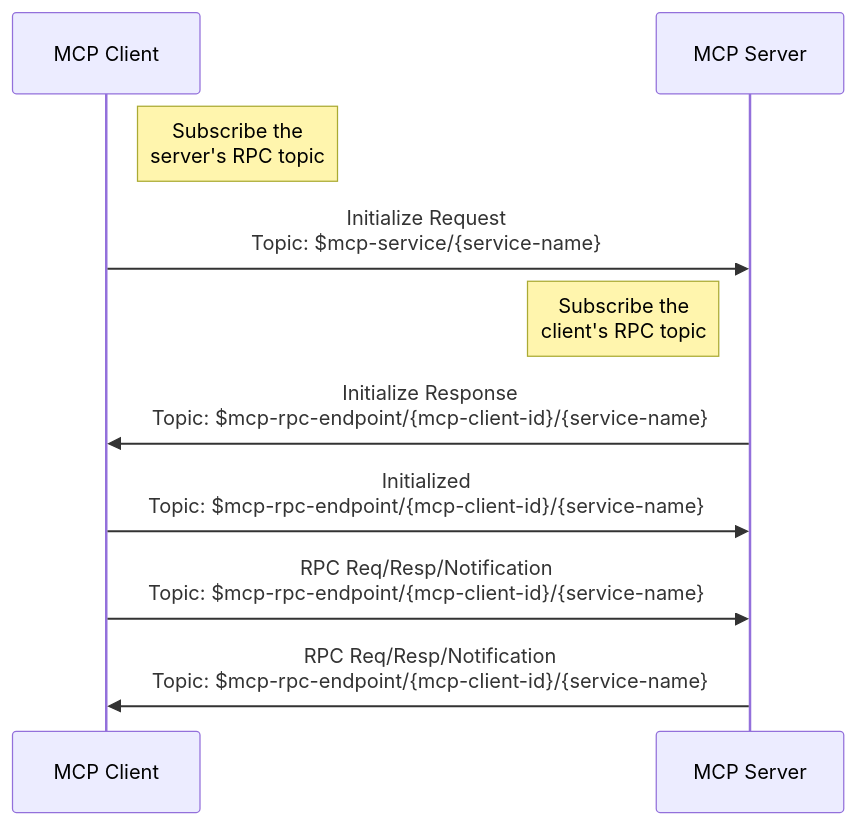
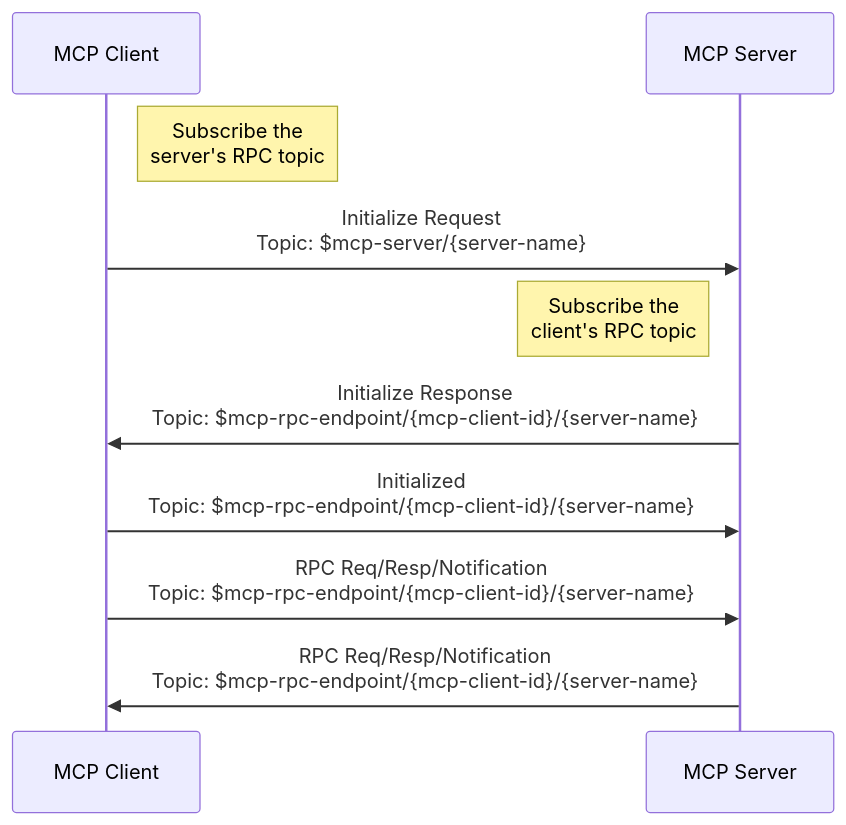
One commit to xiaokunzhang/mcp-over-mqtt-site changed the second of 4 diagrams in mcp/specification/2025-03-26/basic/mqtt_transport.md. Above: the diagram before and after it, drawn with Mermaid. The commit also changed other lines of this file and 1 other file, not shown here.

Commit message:
rename service to server

````diff
--- a/mcp/specification/2025-03-26/basic/mqtt_transport.md
+++ b/mcp/specification/2025-03-26/basic/mqtt_transport.md
@@ -213,13 +213,13 @@
 ```mermaid
 sequenceDiagram
   participant MCP_Client as MCP Client
   participant MCP_Server as MCP Server
 
   Note right of MCP_Client: Subscribe the<br/>server's RPC topic
-  MCP_Client ->> MCP_Server: Initialize Request<br/>Topic: $mcp-service/{service-name}
+  MCP_Client ->> MCP_Server: Initialize Request<br/>Topic: $mcp-server/{server-name}
   Note left of MCP_Server: Subscribe the<br/>client's RPC topic
-  MCP_Server ->> MCP_Client: Initialize Response<br/>Topic: $mcp-rpc-endpoint/{mcp-client-id}/{service-name}
-  MCP_Client ->> MCP_Server: Initialized<br/>Topic: $mcp-rpc-endpoint/{mcp-client-id}/{service-name}
-  MCP_Client ->> MCP_Server: RPC Req/Resp/Notification<br/>Topic: $mcp-rpc-endpoint/{mcp-client-id}/{service-name}
-  MCP_Server ->> MCP_Client: RPC Req/Resp/Notification<br/>Topic: $mcp-rpc-endpoint/{mcp-client-id}/{service-name}
+  MCP_Server ->> MCP_Client: Initialize Response<br/>Topic: $mcp-rpc-endpoint/{mcp-client-id}/{server-name}
+  MCP_Client ->> MCP_Server: Initialized<br/>Topic: $mcp-rpc-endpoint/{mcp-client-id}/{server-name}
+  MCP_Client ->> MCP_Server: RPC Req/Resp/Notification<br/>Topic: $mcp-rpc-endpoint/{mcp-client-id}/{server-name}
+  MCP_Server ->> MCP_Client: RPC Req/Resp/Notification<br/>Topic: $mcp-rpc-endpoint/{mcp-client-id}/{server-name}
 ```
````
